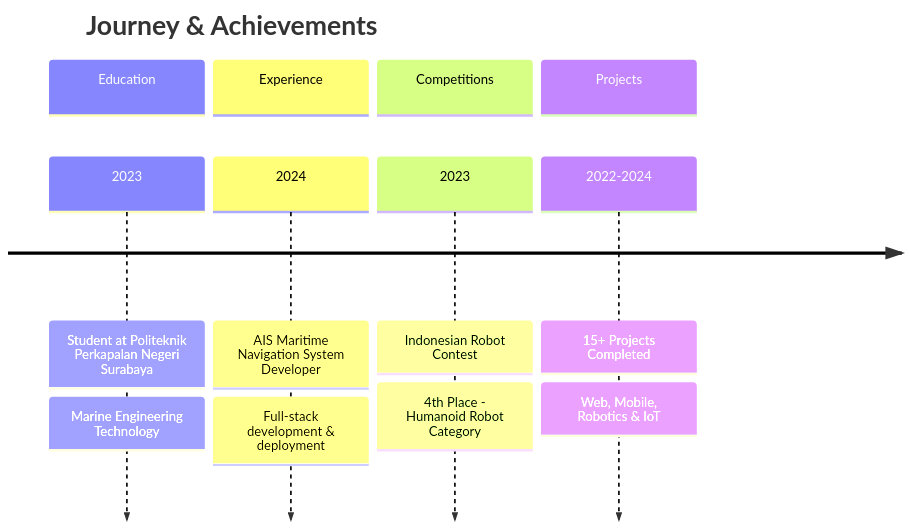
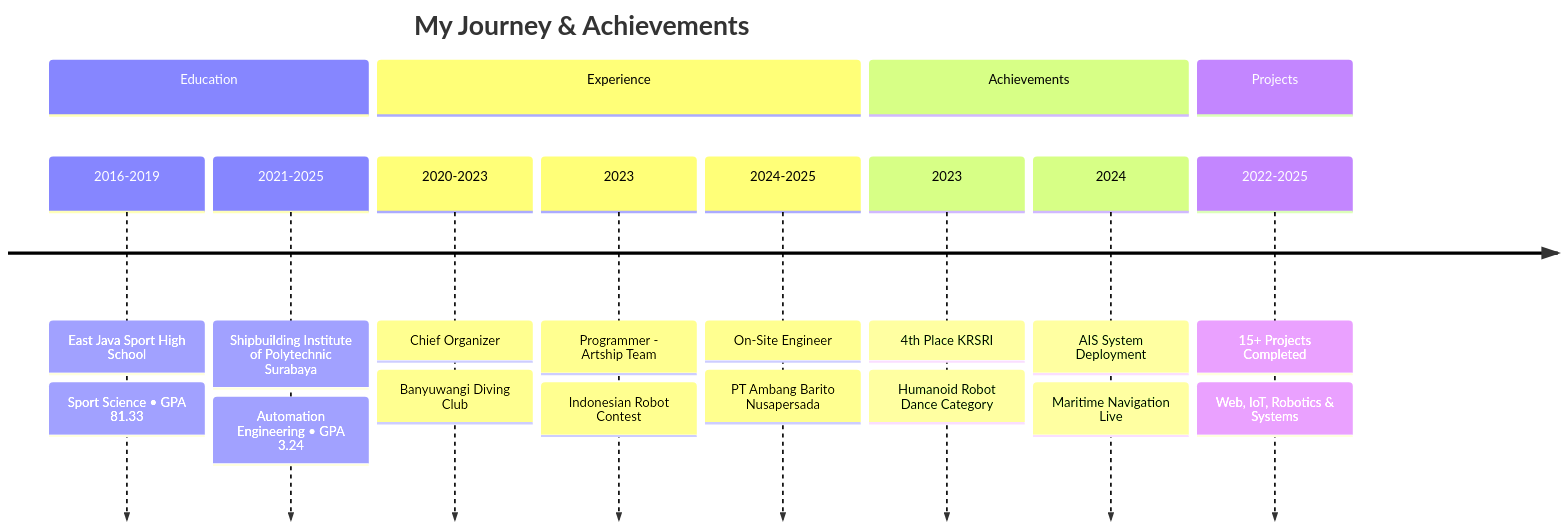
The third of 3 diagrams in README.md (IdeaQru/IdeaQru), drawn with Mermaid before and after one commit. The commit also changed other lines of this file, not shown here.

````diff
--- a/README.md
+++ b/README.md
@@ -286,16 +590,24 @@
 ```mermaid
 timeline
-    title Journey & Achievements
-    section Education 
-        2023 : Student at Politeknik Perkapalan Negeri Surabaya
-               : Marine Engineering Technology
+    title My Journey & Achievements
+    section Education
+        2016-2019 : East Java Sport High School
+                  : Sport Science • GPA 81.33
+        2021-2025 : Shipbuilding Institute of Polytechnic Surabaya
+                  : Automation Engineering • GPA 3.24
     section Experience
-        2024 : AIS Maritime Navigation System Developer
-               : Full-stack development & deployment
-    section Competitions
-        2023 : Indonesian Robot Contest
-               : 4th Place - Humanoid Robot Category
+        2020-2023 : Chief Organizer
+                  : Banyuwangi Diving Club
+        2023 : Programmer - Artship Team
+              : Indonesian Robot Contest
+        2024-2025 : On-Site Engineer
+                  : PT Ambang Barito Nusapersada
+    section Achievements
+        2023 : 4th Place KRSRI
+              : Humanoid Robot Dance Category
+        2024 : AIS System Deployment
+              : Maritime Navigation Live
     section Projects
-        2022-2024 : 15+ Projects Completed
-                   : Web, Mobile, Robotics & IoT
+        2022-2025 : 15+ Projects Completed
+                  : Web, IoT, Robotics & Systems
 ```
````
